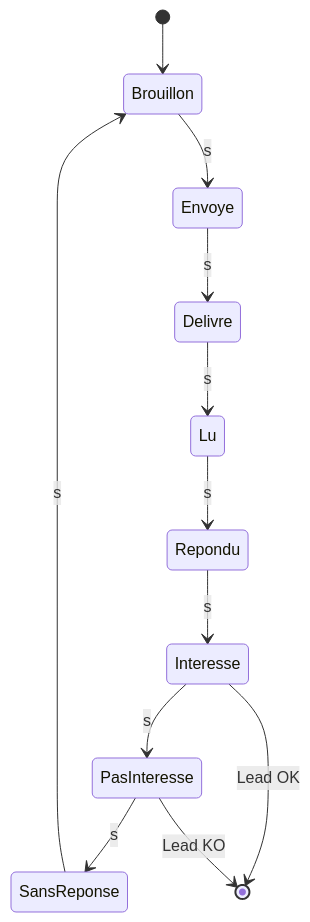
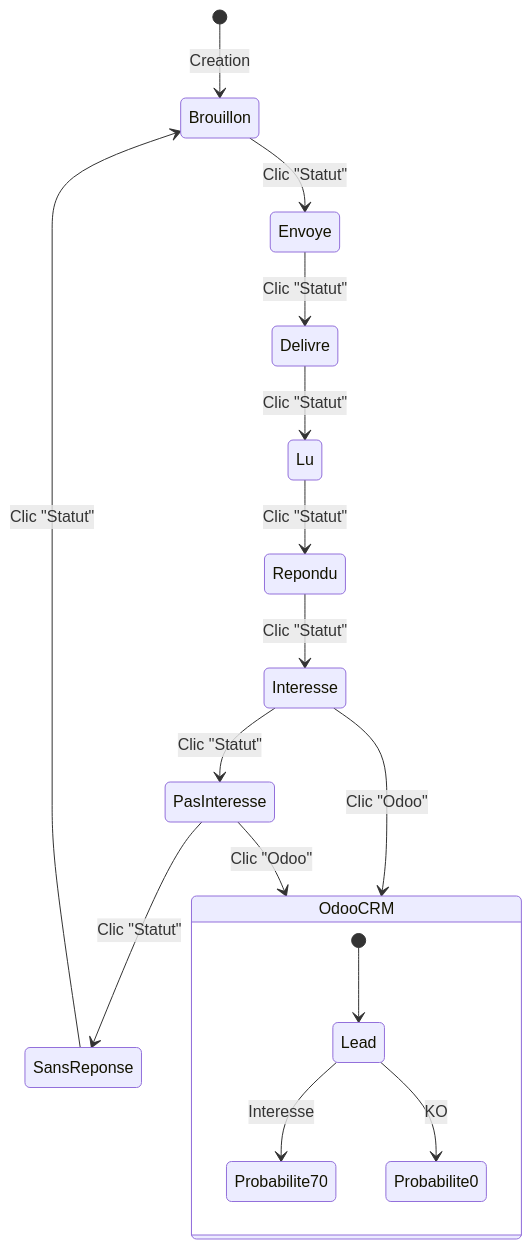
Before and after one commit to cve-solutions/MyCommercial: the fifth of 9 diagrams in doc/UTILISATION.md, drawn with Mermaid. The commit also changed other lines of this file and 3 other files, not shown here.

````diff
--- a/doc/UTILISATION.md
+++ b/doc/UTILISATION.md
@@ -195,15 +196,21 @@
 ```mermaid
 stateDiagram-v2
-    [*] --> Brouillon
-    Brouillon --> Envoye : s
-    Envoye --> Delivre : s
-    Delivre --> Lu : s
-    Lu --> Repondu : s
-    Repondu --> Interesse : s
-    Interesse --> PasInteresse : s
-    PasInteresse --> SansReponse : s
-    SansReponse --> Brouillon : s
+    [*] --> Brouillon : Creation
+    Brouillon --> Envoye : Clic "Statut"
+    Envoye --> Delivre : Clic "Statut"
+    Delivre --> Lu : Clic "Statut"
+    Lu --> Repondu : Clic "Statut"
+    Repondu --> Interesse : Clic "Statut"
+    Interesse --> PasInteresse : Clic "Statut"
+    PasInteresse --> SansReponse : Clic "Statut"
+    SansReponse --> Brouillon : Clic "Statut"
 
-    Interesse --> [*] : Lead OK
-    PasInteresse --> [*] : Lead KO
+    Interesse --> OdooCRM : Clic "Odoo"
+    PasInteresse --> OdooCRM : Clic "Odoo"
+
+    state OdooCRM {
+        [*] --> Lead
+        Lead --> Probabilite70 : Interesse
+        Lead --> Probabilite0 : KO
+    }
 ```
````
